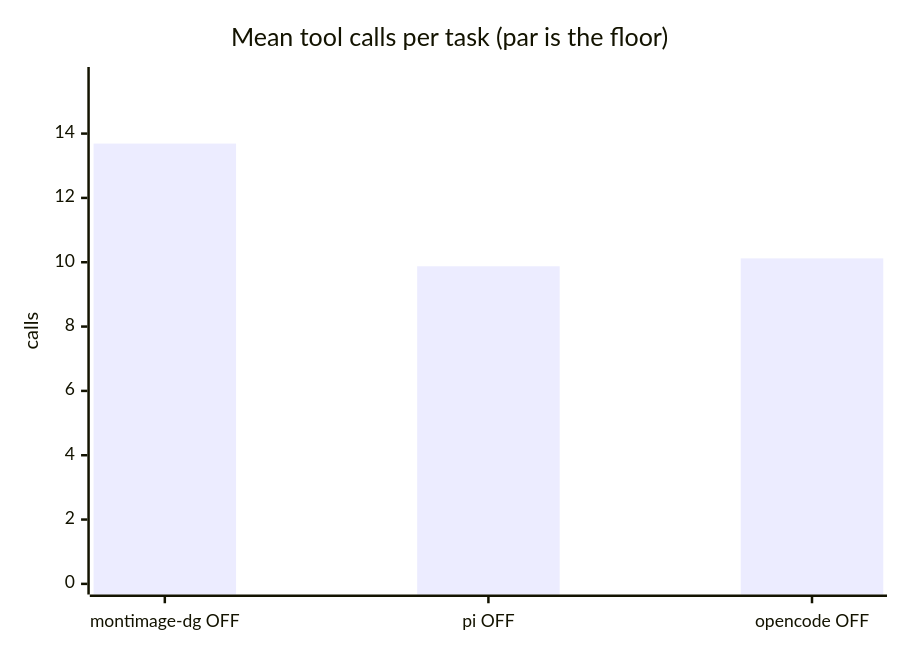
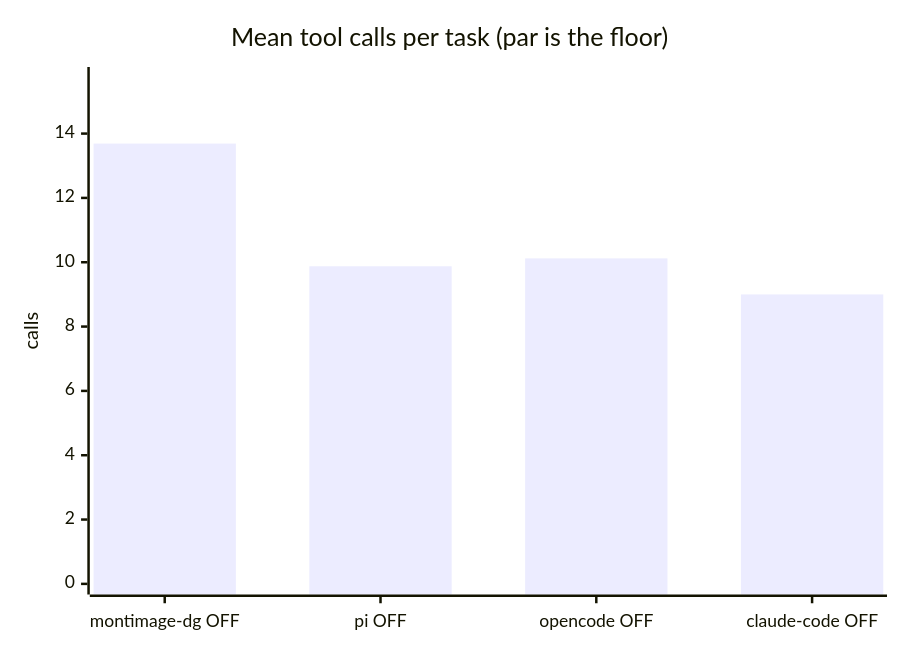
The fourth of 6 diagrams in results/2026-08-20-pi-harness/REPORT-hard.md (luongnv89/dgx-spark-llm-lab), drawn with Mermaid before and after one commit. The commit also changed other lines of this file and 12 other files, not shown here.

First line of the commit message:
Add the Claude Code harness adapter and fold it into the comparison (#1)

````diff
--- a/results/2026-08-20-pi-harness/REPORT-hard.md
+++ b/results/2026-08-20-pi-harness/REPORT-hard.md
@@ -51,7 +54,7 @@
 ```mermaid
 xychart-beta
     title "Mean tool calls per task (par is the floor)"
-    x-axis ["montimage-dg OFF", "pi OFF", "opencode OFF"]
+    x-axis ["montimage-dg OFF", "pi OFF", "opencode OFF", "claude-code OFF"]
     y-axis "calls" 0 --> 15.74
-    bar [13.69, 9.875, 10.12]
+    bar [13.69, 9.875, 10.12, 9]
 ```
````
